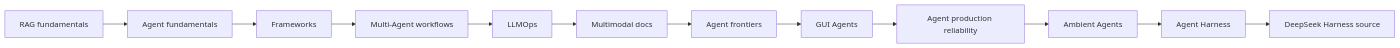
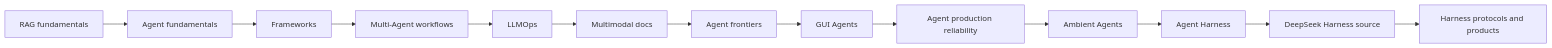
Before and after one commit to Llama-Alpaca/agent-engineering: the diagram in README.en.md, drawn with Mermaid. The commit also changed other lines of this file and 46 other files, not shown here.

Commit message:
feat(course): add DeepSeek Harness advanced course

````diff
--- a/README.en.md
+++ b/README.en.md
@@ -68,5 +68,5 @@
 ```mermaid
 flowchart LR
     A["RAG fundamentals"] --> B["Agent fundamentals"] --> C["Frameworks"] --> D["Multi-Agent workflows"]
-    D --> E["LLMOps"] --> F["Multimodal docs"] --> G["Agent frontiers"] --> H["GUI Agents"] --> I["Agent production reliability"] --> J["Ambient Agents"] --> K["Agent Harness"] --> L["DeepSeek Harness source"]
+    D --> E["LLMOps"] --> F["Multimodal docs"] --> G["Agent frontiers"] --> H["GUI Agents"] --> I["Agent production reliability"] --> J["Ambient Agents"] --> K["Agent Harness"] --> L["DeepSeek Harness source"] --> M["Harness protocols and products"]
 ```
````
